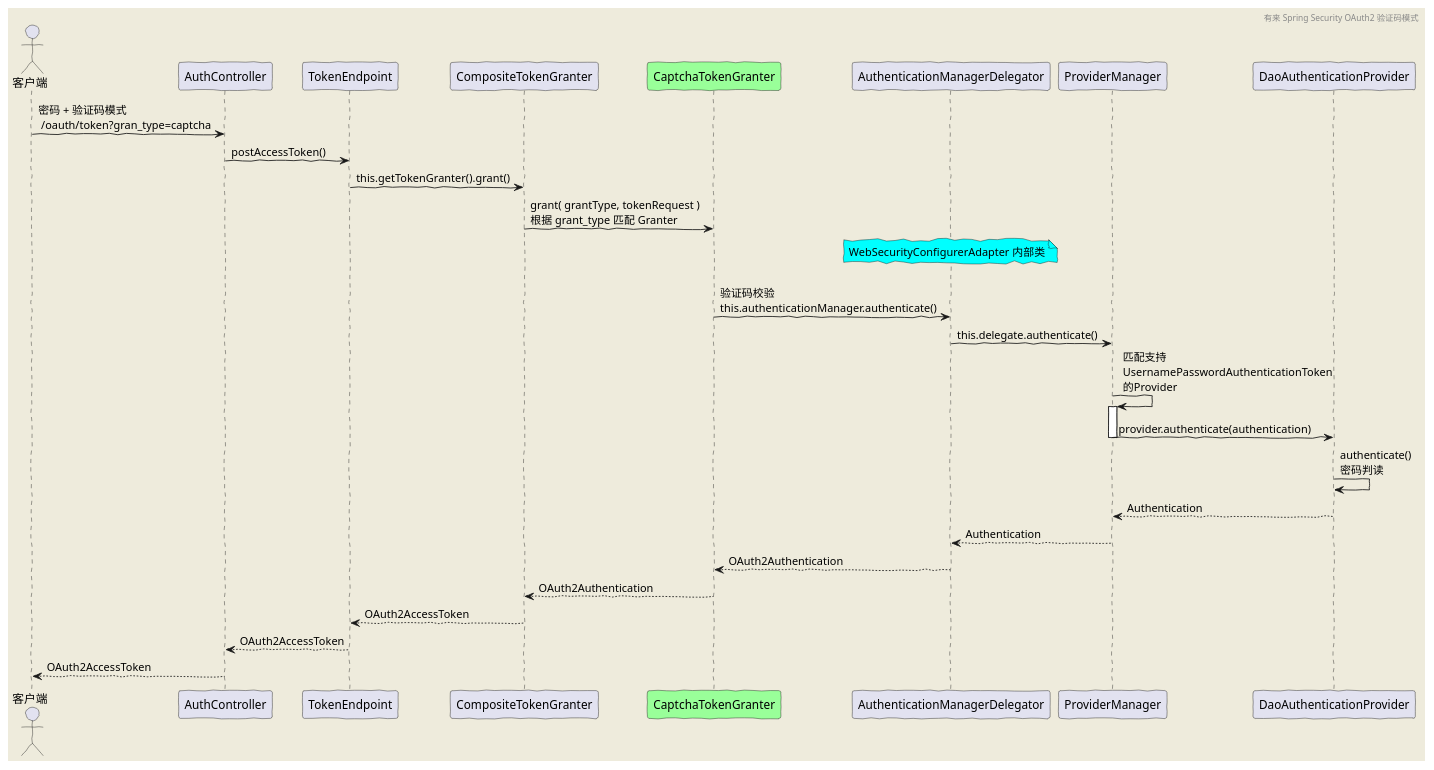
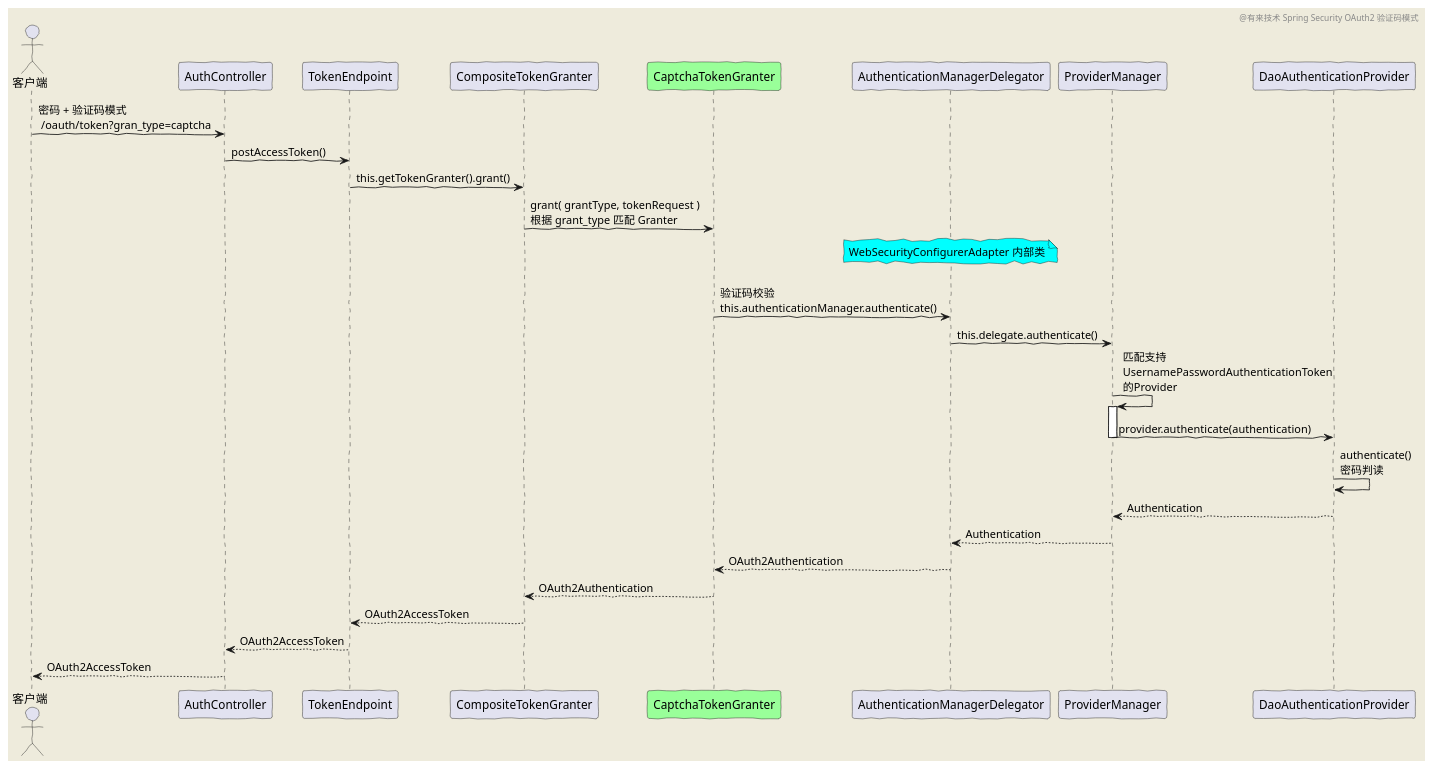
The diagram in docs/diagram/oauth2/captcha.puml (youlaitech/youlai-mall), drawn with PlantUML before and after one commit. The commit also changed 4 other files, not shown here.

Commit message:
docs(*.puml): 修改流程时序图

```diff
--- a/docs/diagram/oauth2/captcha.puml
+++ b/docs/diagram/oauth2/captcha.puml
@@ -2,32 +2,32 @@
 @startuml
 'https://plantuml.com/sequence-diagram
 skinparam backgroundColor #EEEBDC
 skinparam handwritten true
 
-header 有来 Spring Security OAuth2 验证码模式
+header @有来技术 Spring Security OAuth2 验证码模式
 
 actor 客户端
 
 客户端 -> AuthController:密码 + 验证码模式 \n /oauth/token?gran_type=captcha
 AuthController -> TokenEndpoint: postAccessToken()
 TokenEndpoint -> CompositeTokenGranter: this.getTokenGranter().grant()
 participant CaptchaTokenGranter #99FF99
 CompositeTokenGranter->CaptchaTokenGranter: grant( grantType, tokenRequest )\n根据 grant_type 匹配 Granter
 note over of AuthenticationManagerDelegator #aqua
 WebSecurityConfigurerAdapter 内部类
 end note
 CaptchaTokenGranter-> AuthenticationManagerDelegator: \n验证码校验\nthis.authenticationManager.authenticate()
 AuthenticationManagerDelegator -> ProviderManager: this.delegate.authenticate()
 ProviderManager -> ProviderManager: 匹配支持\nUsernamePasswordAuthenticationToken\n的Provider
 activate ProviderManager
 ProviderManager -> DaoAuthenticationProvider: provider.authenticate(authentication)
 deactivate ProviderManager
 DaoAuthenticationProvider -> DaoAuthenticationProvider:authenticate()\n密码判读
 ProviderManager <-- DaoAuthenticationProvider: Authentication
 AuthenticationManagerDelegator <-- ProviderManager: Authentication
 CaptchaTokenGranter <-- AuthenticationManagerDelegator: OAuth2Authentication
 CompositeTokenGranter <-- CaptchaTokenGranter: OAuth2Authentication
 TokenEndpoint <-- CompositeTokenGranter:OAuth2AccessToken
 AuthController <-- TokenEndpoint:OAuth2AccessToken
 客户端 <-- AuthController: OAuth2AccessToken
 @enduml
```
